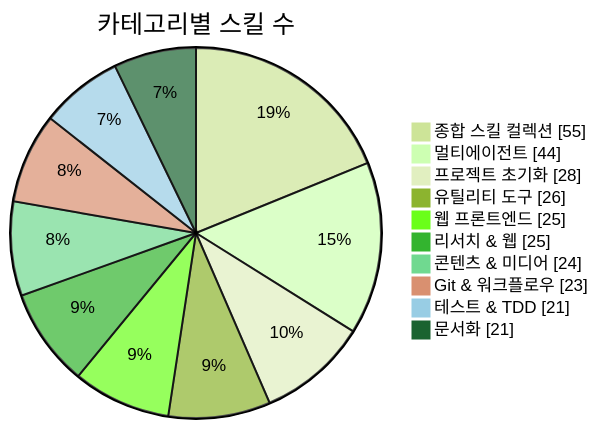
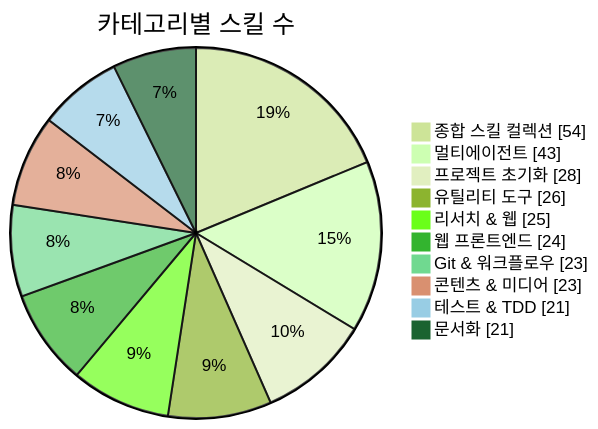
The first of 3 diagrams in README.md (J-nowcow/awesome-korean-agent-skills), drawn with Mermaid (forest theme) before and after one commit. The commit also changed other lines of this file and 9 other files, not shown here.

````diff
--- a/README.md
+++ b/README.md
@@ -176,14 +176,14 @@
 ```mermaid
 pie showData
     title 카테고리별 스킬 수
-    "종합 스킬 컬렉션" : 55
-    "멀티에이전트" : 44
+    "종합 스킬 컬렉션" : 54
+    "멀티에이전트" : 43
     "프로젝트 초기화" : 28
     "유틸리티 도구" : 26
-    "웹 프론트엔드" : 25
     "리서치 & 웹" : 25
-    "콘텐츠 & 미디어" : 24
+    "웹 프론트엔드" : 24
     "Git & 워크플로우" : 23
+    "콘텐츠 & 미디어" : 23
     "테스트 & TDD" : 21
     "문서화" : 21
 ```
````
